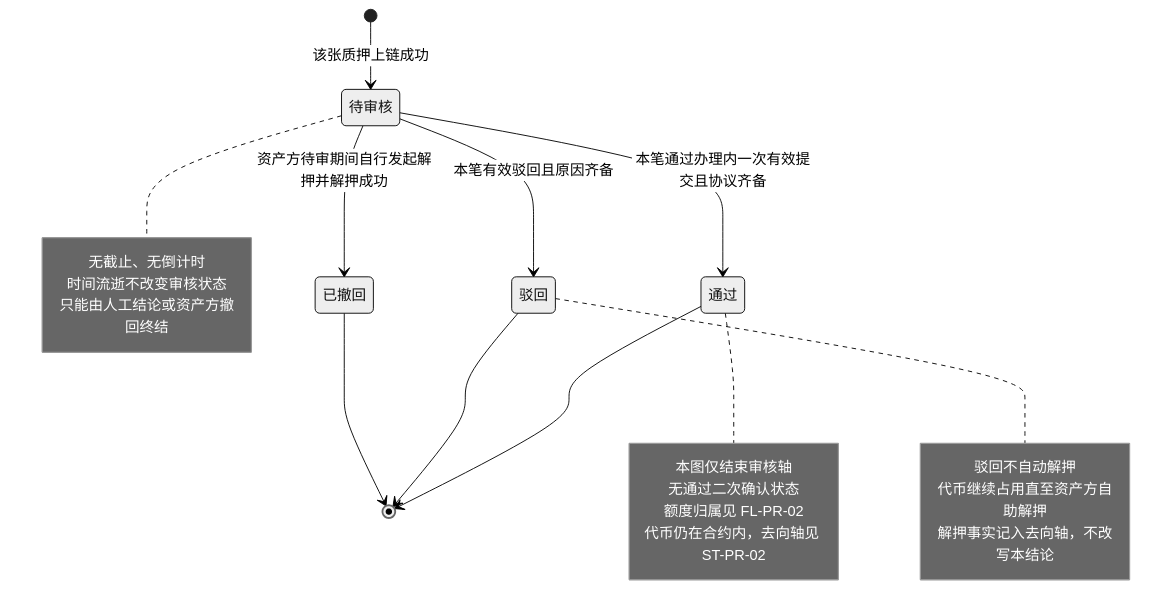
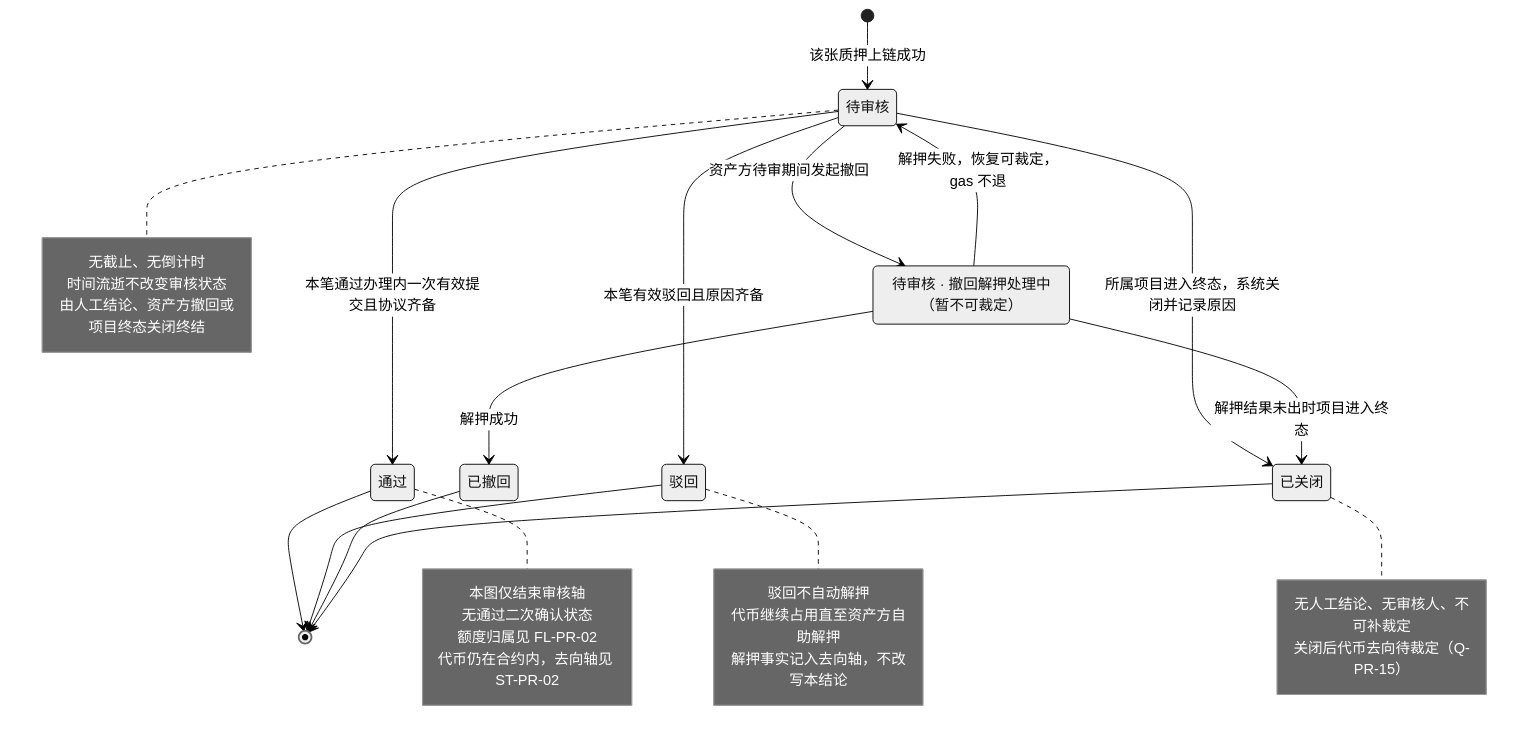
Before and after one commit to wxblockchain/Chain-Financing: the fifth of 6 diagrams in lending-platform/PRD/运营端/06-代币质押审核/02-代币质押审核-流程图与状态机.md, drawn with Mermaid (neutral theme). The commit also changed other lines of this file and 2 other files, not shown here.

First line of the commit message:
docs(WS-382): pause review during withdrawal release, close pending pledges at project terminal

````diff
--- a/lending-platform/PRD/运营端/06-代币质押审核/02-代币质押审核-流程图与状态机.md
+++ b/lending-platform/PRD/运营端/06-代币质押审核/02-代币质押审核-流程图与状态机.md
@@ -136,30 +145,41 @@
 ```mermaid
 stateDiagram-v2
   state "待审核" as Pending
   state "通过" as Approved
   state "驳回" as Rejected
   state "已撤回" as Withdrawn
+  state "已关闭" as Closed
+  state "待审核 · 撤回解押处理中（暂不可裁定）" as Paused
   [*] --> Pending: 该张质押上链成功
   Pending --> Approved: 本笔通过办理内一次有效提交且协议齐备
   Pending --> Rejected: 本笔有效驳回且原因齐备
-  Pending --> Withdrawn: 资产方待审期间自行发起解押并解押成功
+  Pending --> Paused: 资产方待审期间发起撤回
+  Paused --> Pending: 解押失败，恢复可裁定，gas 不退
+  Paused --> Withdrawn: 解押成功
+  Pending --> Closed: 所属项目进入终态，系统关闭并记录原因
+  Paused --> Closed: 解押结果未出时项目进入终态
   Approved --> [*]
   Rejected --> [*]
   Withdrawn --> [*]
+  Closed --> [*]
   note right of Pending
     无截止、无倒计时
     时间流逝不改变审核状态
-    只能由人工结论或资产方撤回终结
+    由人工结论、资产方撤回或项目终态关闭终结
   end note
   note right of Approved
     本图仅结束审核轴
     无通过二次确认状态
     额度归属见 FL-PR-02
     代币仍在合约内，去向轴见 ST-PR-02
   end note
   note right of Rejected
     驳回不自动解押
     代币继续占用直至资产方自助解押
     解押事实记入去向轴，不改写本结论
   end note
+  note right of Closed
+    无人工结论、无审核人、不可补裁定
+    关闭后代币去向待裁定（Q-PR-15）
+  end note
 ```
````
